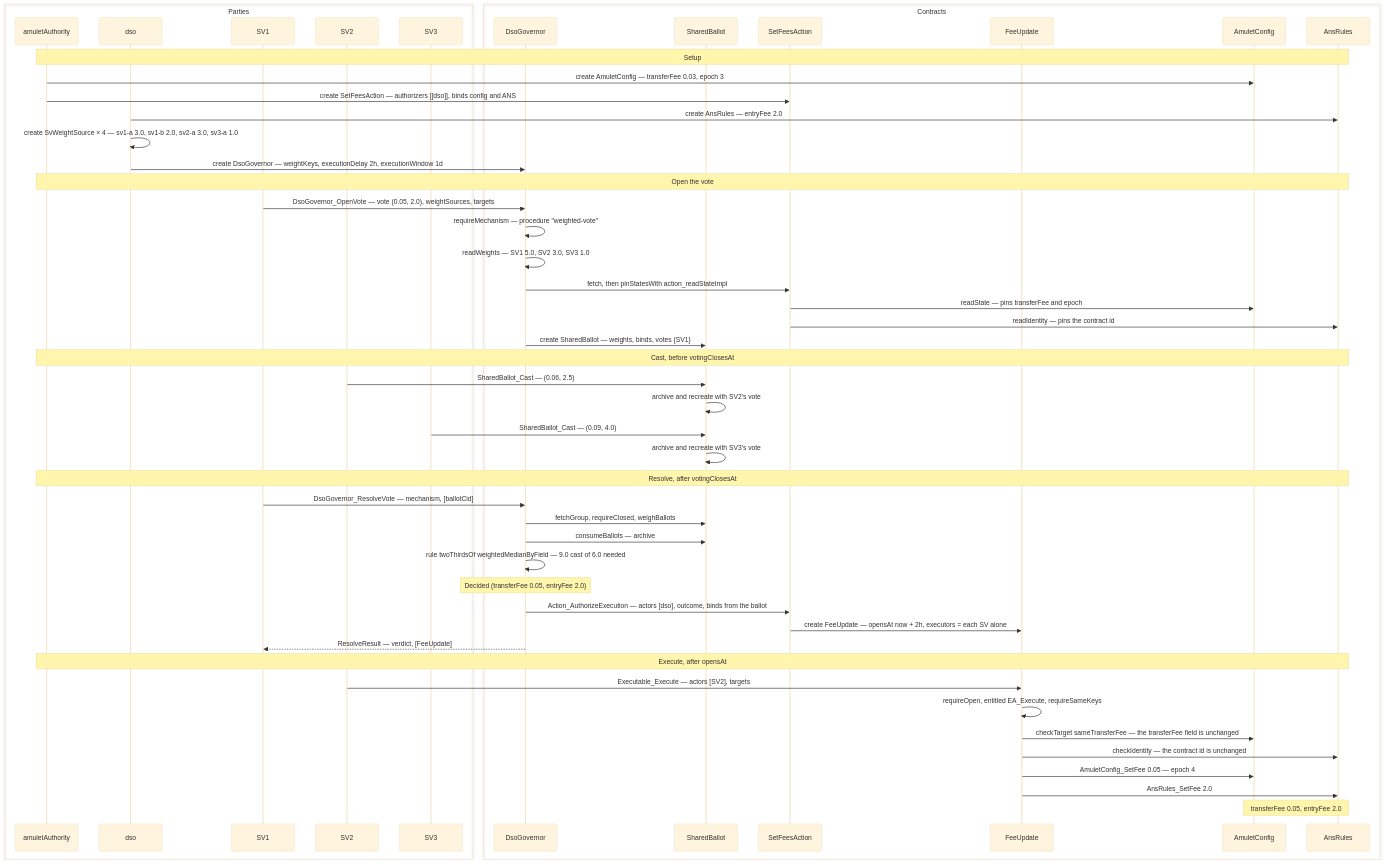
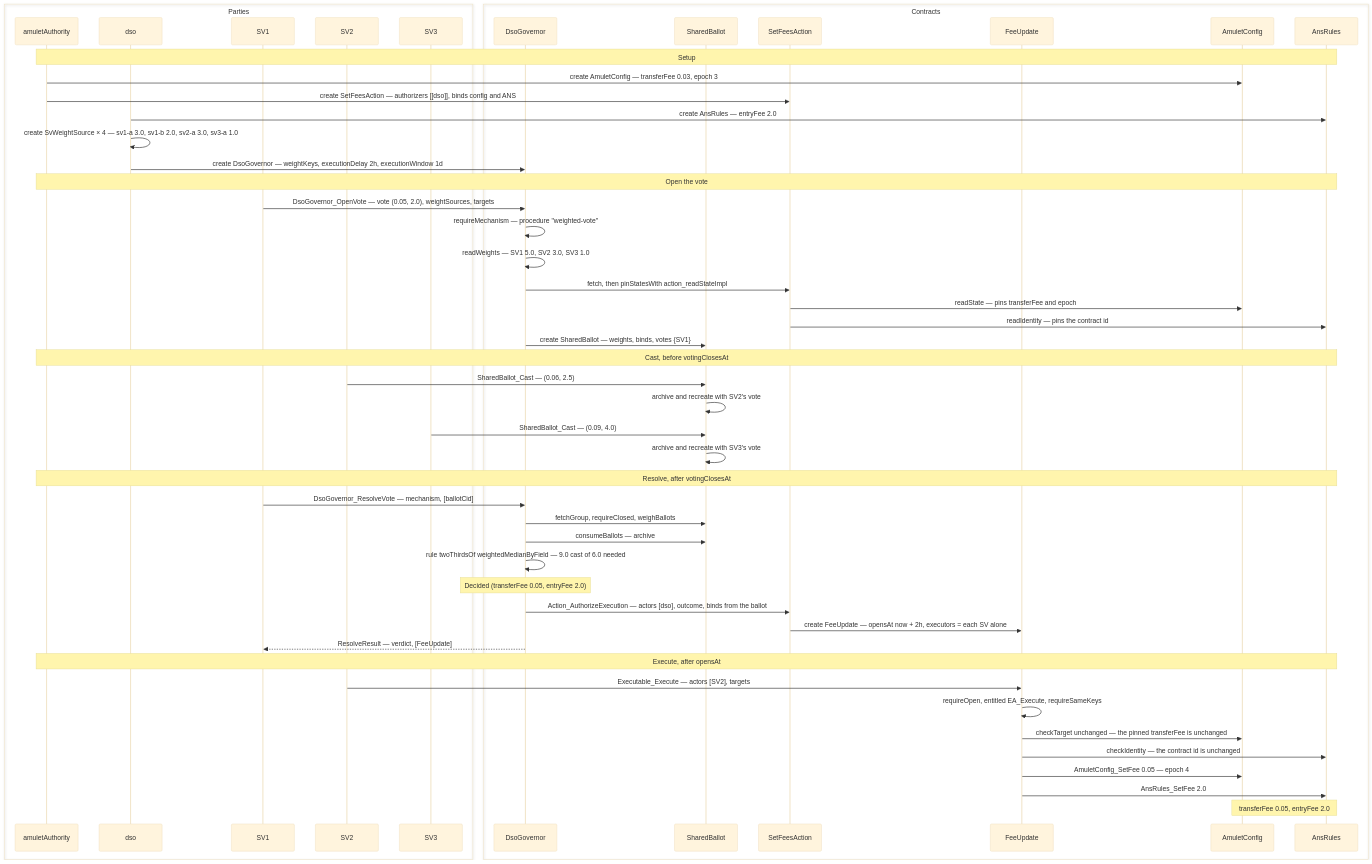
The second of 4 diagrams in examples/governance/DEMOS-happy.md (unlockitio/concordia), drawn with Mermaid (base theme) before and after one commit. The commit also changed 35 other files, not shown here.

````diff
--- a/examples/governance/DEMOS-happy.md
+++ b/examples/governance/DEMOS-happy.md
@@ -65,59 +65,59 @@
 ```mermaid
 sequenceDiagram
     box Parties
         participant AA as amuletAuthority
         participant DSO as dso
         participant SV1
         participant SV2
         participant SV3
     end
     box Contracts
         participant R as DsoGovernor
         participant B as SharedBallot
         participant ACT as SetFeesAction
         participant X as FeeUpdate
         participant CFG as AmuletConfig
         participant ANS as AnsRules
     end
 
     Note over AA,ANS: Setup
     AA->>CFG: create AmuletConfig — transferFee 0.03, epoch 3
     AA->>ACT: create SetFeesAction — authorizers [[dso]], binds config and ANS
     DSO->>ANS: create AnsRules — entryFee 2.0
     DSO->>DSO: create SvWeightSource × 4 — sv1-a 3.0, sv1-b 2.0, sv2-a 3.0, sv3-a 1.0
     DSO->>R: create DsoGovernor — weightKeys, executionDelay 2h, executionWindow 1d
 
     Note over AA,ANS: Open the vote
     SV1->>R: DsoGovernor_OpenVote — vote (0.05, 2.0), weightSources, targets
     R->>R: requireMechanism — procedure "weighted-vote"
     R->>R: readWeights — SV1 5.0, SV2 3.0, SV3 1.0
     R->>ACT: fetch, then pinStatesWith action_readStateImpl
     ACT->>CFG: readState — pins transferFee and epoch
     ACT->>ANS: readIdentity — pins the contract id
     R->>B: create SharedBallot — weights, binds, votes {SV1}
 
     Note over AA,ANS: Cast, before votingClosesAt
     SV2->>B: SharedBallot_Cast — (0.06, 2.5)
     B->>B: archive and recreate with SV2's vote
     SV3->>B: SharedBallot_Cast — (0.09, 4.0)
     B->>B: archive and recreate with SV3's vote
 
     Note over AA,ANS: Resolve, after votingClosesAt
     SV1->>R: DsoGovernor_ResolveVote — mechanism, [ballotCid]
     R->>B: fetchGroup, requireClosed, weighBallots
     R->>B: consumeBallots — archive
     R->>R: rule twoThirdsOf weightedMedianByField — 9.0 cast of 6.0 needed
     Note over R: Decided (transferFee 0.05, entryFee 2.0)
     R->>ACT: Action_AuthorizeExecution — actors [dso], outcome, binds from the ballot
     ACT->>X: create FeeUpdate — opensAt now + 2h, executors = each SV alone
     R-->>SV1: ResolveResult — verdict, [FeeUpdate]
 
     Note over AA,ANS: Execute, after opensAt
     SV2->>X: Executable_Execute — actors [SV2], targets
     X->>X: requireOpen, entitled EA_Execute, requireSameKeys
-    X->>CFG: checkTarget sameTransferFee — the transferFee field is unchanged
+    X->>CFG: checkTarget unchanged — the pinned transferFee is unchanged
     X->>ANS: checkIdentity — the contract id is unchanged
     X->>CFG: AmuletConfig_SetFee 0.05 — epoch 4
     X->>ANS: AnsRules_SetFee 2.0
     Note over CFG,ANS: transferFee 0.05, entryFee 2.0
 ```
````
